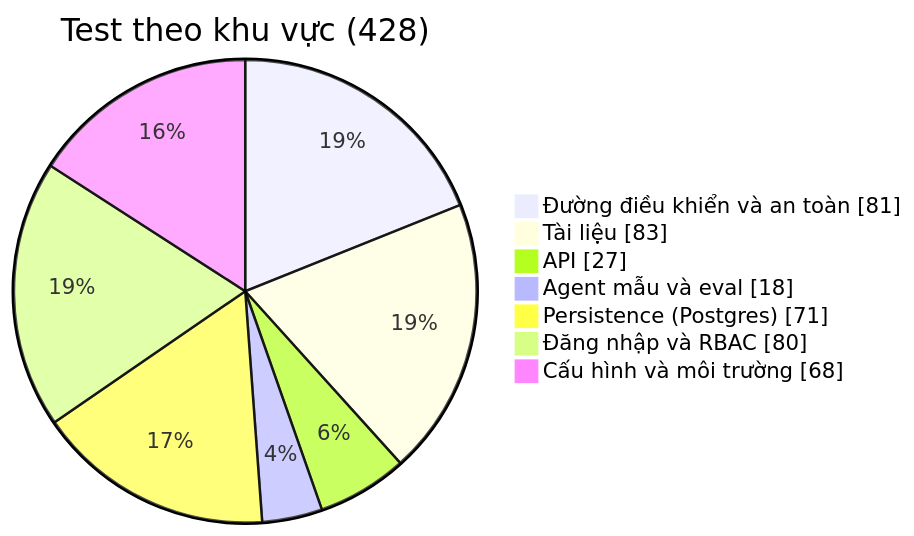
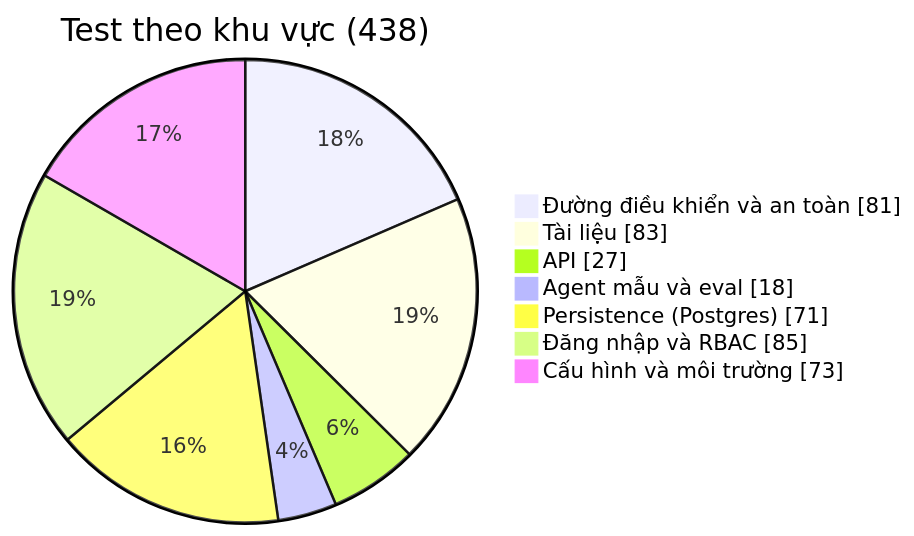
The diagram in docs/TESTING_STRATEGY.md (nguyenquangtiep/smart-home-future), drawn with Mermaid before and after one commit. The commit also changed other lines of this file and 10 other files, not shown here.

````diff
--- a/docs/TESTING_STRATEGY.md
+++ b/docs/TESTING_STRATEGY.md
@@ -45,10 +49,10 @@
 ```mermaid
-pie showData title Test theo khu vực (428)
+pie showData title Test theo khu vực (438)
     "Đường điều khiển và an toàn" : 81
     "Tài liệu" : 83
     "API" : 27
     "Agent mẫu và eval" : 18
     "Persistence (Postgres)" : 71
-    "Đăng nhập và RBAC" : 80
-    "Cấu hình và môi trường" : 68
+    "Đăng nhập và RBAC" : 85
+    "Cấu hình và môi trường" : 73
 ```
````
